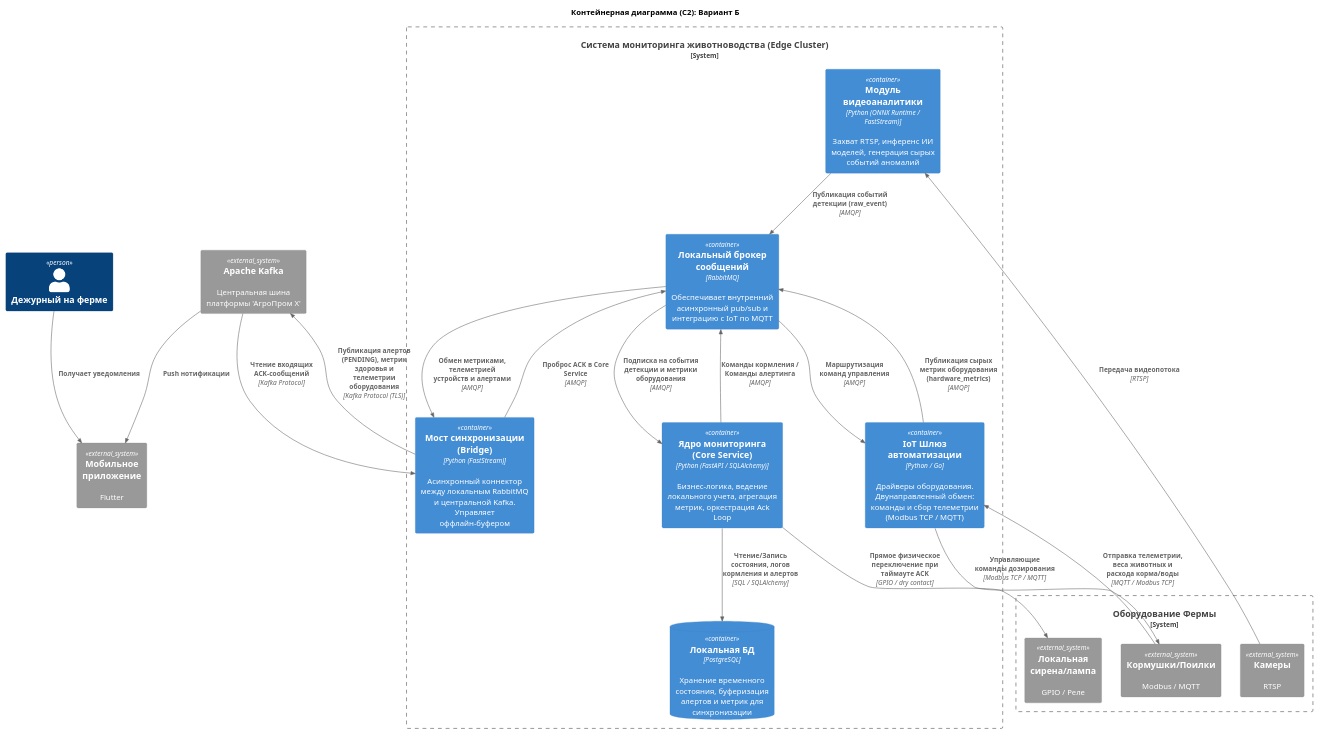
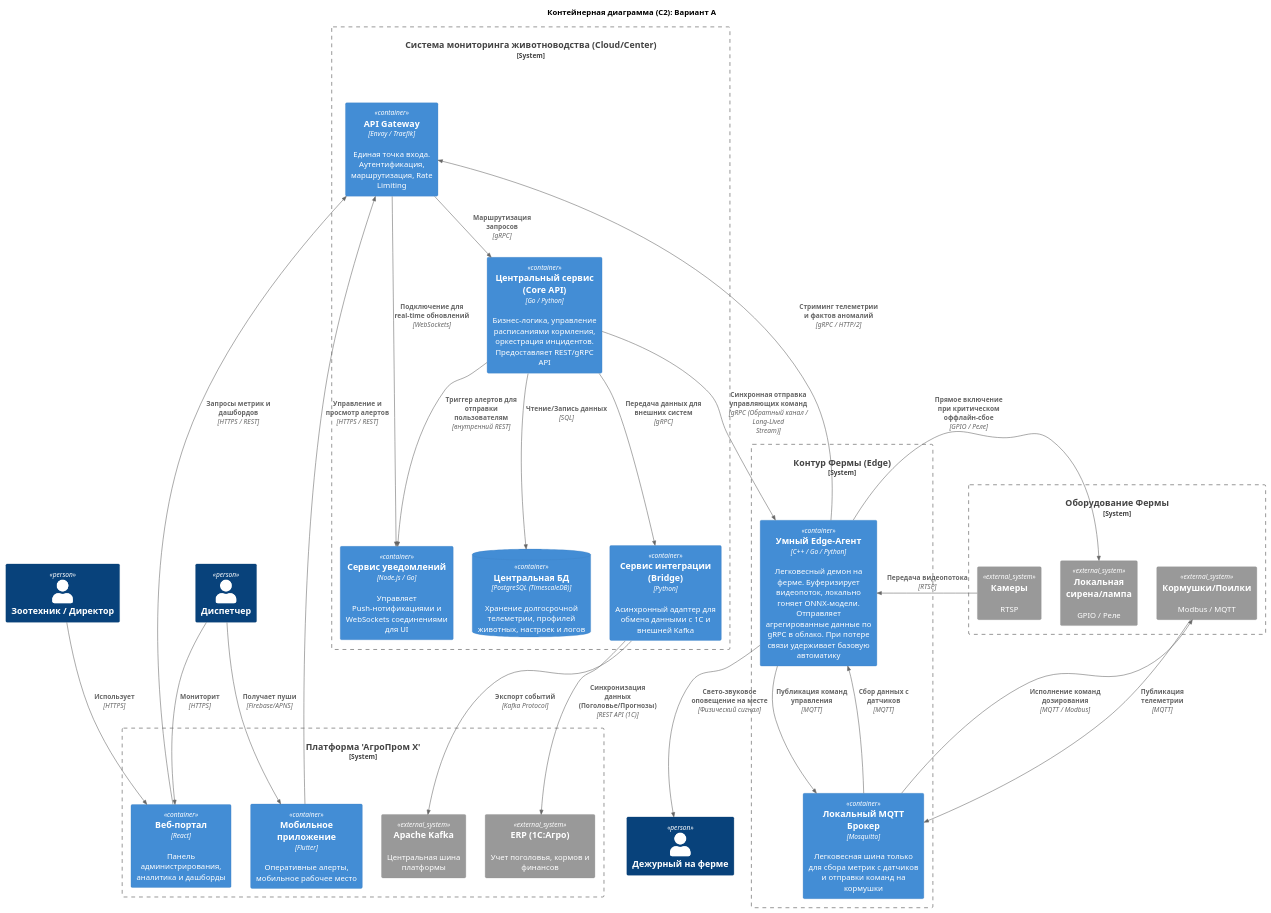
Before and after one commit to daelin44/MSA-AgroTech: the diagram in task2/container_alternative.puml, drawn with PlantUML. The commit also changed 2 other files, not shown here.

Commit message:
redo c2 diagrams, add details

```diff
--- a/task2/container_alternative.puml
+++ b/task2/container_alternative.puml
@@ -1,55 +1,71 @@
 @startuml Архитектура_АгроТех_C2_Решение_А
 
 !include https://raw.githubusercontent.com/RicardoNiepel/C4-PlantUML/master/C4_Component.puml
 
-title Контейнерная диаграмма (C2): Вариант Б
+title Контейнерная диаграмма (C2): Вариант А
 
+Person(директор, "Зоотехник / Директор")
+Person(оператор, "Диспетчер")
 Person(дежурный, "Дежурный на ферме")
 
-System_Ext(kafka, "Apache Kafka", "Центральная шина платформы 'АгроПром Х'")
-System_Ext(мобильное_приложение, "Мобильное приложение", "Flutter")
+System_Boundary(agro_platform, "Платформа 'АгроПром Х'") {
+    Container(веб_портал, "Веб-портал", "React", "Панель администрирования, аналитика и дашборды")
+    Container(мобильное_приложение, "Мобильное приложение", "Flutter", "Оперативные алерты, мобильное рабочее место")
+    System_Ext(kafka, "Apache Kafka", "Центральная шина платформы")
+    System_Ext(erp, "ERP (1С:Агро)", "Учет поголовья, кормов и финансов")
+}
 
-System_Boundary(livestock_system_boundary, "Система мониторинга животноводства (Edge Cluster)") {
+System_Boundary(livestock_system_boundary, "Система мониторинга животноводства (Cloud/Center)") {
     
-    Container(local_broker, "Локальный брокер сообщений", "RabbitMQ", "Обеспечивает внутренний асинхронный pub/sub и интеграцию с IoT по MQTT")
+    Container(api_gateway, "API Gateway", "Envoy / Traefik", "Единая точка входа. Аутентификация, маршрутизация, Rate Limiting")
     
-    Container(video_analyzer, "Модуль видеоаналитики", "Python (ONNX Runtime / FastStream)", "Захват RTSP, инференс ИИ моделей, генерация сырых событий аномалий")
+    Container(core_service, "Центральный сервис (Core API)", "Go / Python", "Бизнес-логика, управление расписаниями кормления, оркестрация инцидентов. Предоставляет REST/gRPC API")
     
-    Container(livestock_core, "Ядро мониторинга (Core Service)", "Python (FastAPI / SQLAlchemy)", "Бизнес-логика, ведение локального учета, агрегация метрик, оркестрация Ack Loop")
+    Container(notification_service, "Сервис уведомлений", "Node.js / Go", "Управляет Push-нотификациями и WebSockets соединениями для UI")
     
-    ContainerDb(local_db, "Локальная БД", "PostgreSQL", "Хранение временного состояния, буферизация алертов и метрик для синхронизации")
+    Container(integration_service, "Сервис интеграции (Bridge)", "Python", "Асинхронный адаптер для обмена данными с 1С и внешней Kafka")
     
-    Container(iot_gateway, "IoT Шлюз автоматизации", "Python / Go", "Драйверы оборудования. Двунаправленный обмен: команды и сбор телеметрии (Modbus TCP / MQTT)")
+    ContainerDb(central_db, "Центральная БД", "PostgreSQL (TimescaleDB)", "Хранение долгосрочной телеметрии, профилей животных, настроек и логов")
+}
+
+System_Boundary(farm_edge, "Контур Фермы (Edge)") {
     
-    Container(platform_bridge, "Мост синхронизации (Bridge)", "Python (FastStream)", "Асинхронный коннектор между локальным RabbitMQ и центральной Kafka. Управляет оффлайн-буфером")
+    Container(iot_smart_agent, "Умный Edge-Агент", "C++ / Go / Python", "Легковесный демон на ферме. Буферизирует видеопоток, локально гоняет ONNX-модели. Отправляет агрегированные данные по gRPC в облако. При потере связи удерживает базовую автоматику")
+    
+    Container(local_mqtt, "Локальный MQTT Брокер", "Mosquitto", "Легковесная шина только для сбора метрик с датчиков и отправки команд на кормушки")
 }
 
 System_Boundary(farm_hardware, "Оборудование Фермы") {
     System_Ext(cameras, "Камеры", "RTSP")
     System_Ext(feeders, "Кормушки/Поилки", "Modbus / MQTT")
     System_Ext(siren, "Локальная сирена/лампа", "GPIO / Реле")
 }
 
-Rel(дежурный, мобильное_приложение, "Получает уведомления")
-Rel(kafka, мобильное_приложение, "Push нотификации")
+Rel(директор, веб_портал, "Использует", "HTTPS")
+Rel(оператор, веб_портал, "Мониторит", "HTTPS")
+Rel(оператор, мобильное_приложение, "Получает пуши", "Firebase/APNS")
 
-Rel(cameras, video_analyzer, "Передача видеопотока", "RTSP")
-Rel(video_analyzer, local_broker, "Публикация событий детекции (raw_event)", "AMQP")
+Rel(веб_портал, api_gateway, "Запросы метрик и дашбордов", "HTTPS / REST")
+Rel(мобильное_приложение, api_gateway, "Управление и просмотр алертов", "HTTPS / REST")
+Rel(api_gateway, notification_service, "Подключение для real-time обновлений", "WebSockets")
 
-Rel(feeders, iot_gateway, "Отправка телеметрии, веса животных и расхода корма/воды", "MQTT / Modbus TCP")
-Rel(iot_gateway, local_broker, "Публикация сырых метрик оборудования (hardware_metrics)", "AMQP")
+Rel(api_gateway, core_service, "Маршрутизация запросов", "gRPC")
+Rel(core_service, central_db, "Чтение/Запись данных", "SQL")
+Rel(core_service, notification_service, "Триггер алертов для отправки пользователям", "внутренний REST")
 
-Rel(local_broker, livestock_core, "Подписка на события детекции и метрики оборудования", "AMQP")
-Rel(livestock_core, local_db, "Чтение/Запись состояния, логов кормления и алертов", "SQL / SQLAlchemy")
+Rel(core_service, integration_service, "Передача данных для внешних систем", "gRPC")
+Rel(integration_service, kafka, "Экспорт событий", "Kafka Protocol")
+Rel(integration_service, erp, "Синхронизация данных (Поголовье/Прогнозы)", "REST API (1С)")
 
-Rel(livestock_core, local_broker, "Команды кормления / Команды алертинга", "AMQP")
-Rel(local_broker, iot_gateway, "Маршрутизация команд управления", "AMQP")
-Rel(iot_gateway, feeders, "Управляющие команды дозирования", "Modbus TCP / MQTT")
-Rel(livestock_core, siren, "Прямое физическое переключение при таймауте ACK", "GPIO / dry contact")
+Rel(iot_smart_agent, api_gateway, "Стриминг телеметрии и фактов аномалий", "gRPC / HTTP/2")
+Rel(core_service, iot_smart_agent, "Синхронная отправка управляющих команд", "gRPC (Обратный канал / Long-Lived Stream)")
 
-Rel(local_broker, platform_bridge, "Обмен метриками, телеметрией устройств и алертами", "AMQP")
-Rel(platform_bridge, kafka, "Публикация алертов (PENDING), метрик здоровья и телеметрии оборудования", "Kafka Protocol (TLS)")
-Rel(kafka, platform_bridge, "Чтение входящих ACK-сообщений", "Kafka Protocol")
-Rel(platform_bridge, local_broker, "Проброс ACK в Core Service", "AMQP")
+Rel(cameras, iot_smart_agent, "Передача видеопотока", "RTSP")
+Rel(feeders, local_mqtt, "Публикация телеметрии", "MQTT")
+Rel(local_mqtt, iot_smart_agent, "Сбор данных с датчиков", "MQTT")
+Rel(iot_smart_agent, local_mqtt, "Публикация команд управления", "MQTT")
+Rel(local_mqtt, feeders, "Исполнение команд дозирования", "MQTT / Modbus")
+Rel(iot_smart_agent, siren, "Прямое включение при критическом оффлайн-сбое", "GPIO / Реле")
+Rel(iot_smart_agent, дежурный, "Свето-звуковое оповещение на месте", "Физический сигнал")
 
 @enduml
```
